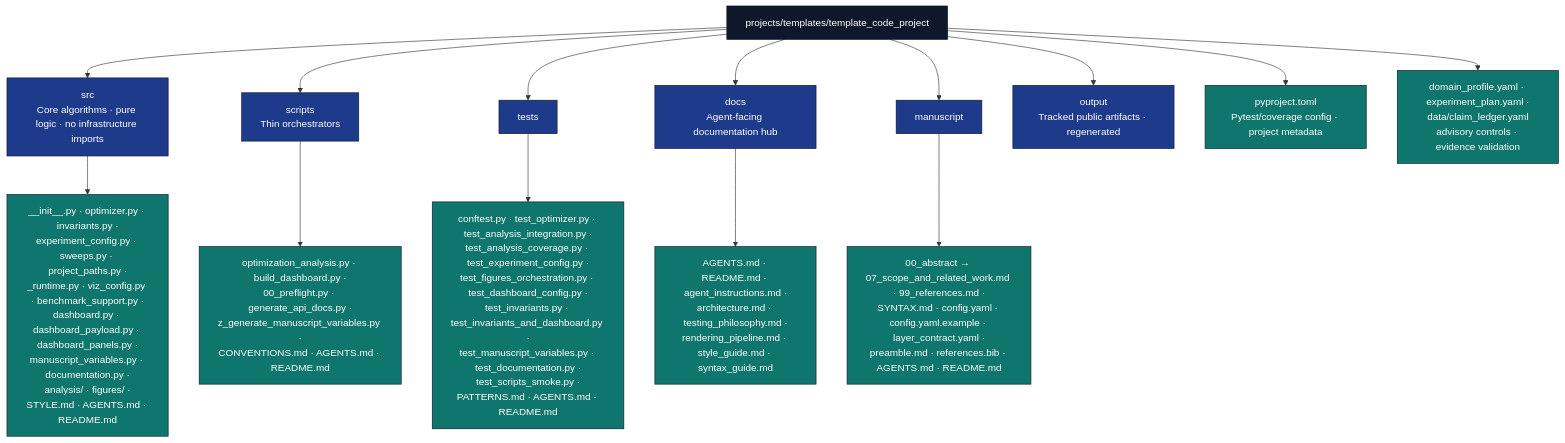
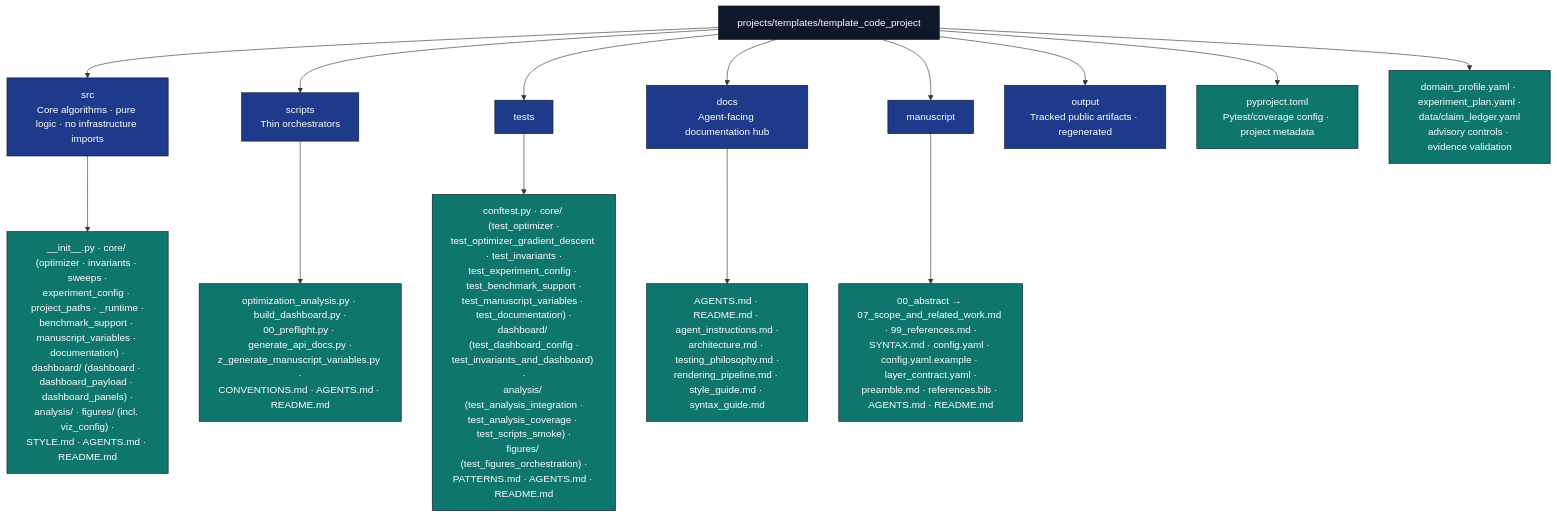
Before and after one commit to docxology/template: the diagram in projects/templates/template_code_project/AGENTS.md, drawn with Mermaid. The commit also changed other lines of this file and 775 other files, not shown here.

````diff
--- a/projects/templates/template_code_project/AGENTS.md
+++ b/projects/templates/template_code_project/AGENTS.md
@@ -71,25 +71,25 @@
 ```mermaid
 flowchart TB
     P[projects/templates/template_code_project]
     P --> SRC[src<br/>Core algorithms · pure logic · no infrastructure imports]
     P --> SC[scripts<br/>Thin orchestrators]
     P --> T[tests]
     P --> DOCS[docs<br/>Agent-facing documentation hub]
     P --> M[manuscript]
     P --> OUT[output<br/>Tracked public artifacts · regenerated]
     P --> PY[pyproject.toml<br/>Pytest/coverage config · project metadata]
     P --> DP[domain_profile.yaml · experiment_plan.yaml ·<br/>data/claim_ledger.yaml<br/>advisory controls · evidence validation]
 
-    SRC --> SRC_F[__init__.py · optimizer.py · invariants.py ·<br/>experiment_config.py · sweeps.py · project_paths.py ·<br/>_runtime.py · viz_config.py · benchmark_support.py ·<br/>dashboard.py · dashboard_payload.py · dashboard_panels.py ·<br/>manuscript_variables.py · documentation.py ·<br/>analysis/ · figures/ ·<br/>STYLE.md · AGENTS.md · README.md]
+    SRC --> SRC_F["__init__.py · core/ (optimizer · invariants · sweeps ·<br/>experiment_config · project_paths · _runtime ·<br/>benchmark_support · manuscript_variables · documentation) ·<br/>dashboard/ (dashboard · dashboard_payload · dashboard_panels) ·<br/>analysis/ · figures/ (incl. viz_config) ·<br/>STYLE.md · AGENTS.md · README.md"]
     SC --> SC_F[optimization_analysis.py · build_dashboard.py ·<br/>00_preflight.py · generate_api_docs.py ·<br/>z_generate_manuscript_variables.py ·<br/>CONVENTIONS.md · AGENTS.md · README.md]
-    T --> T_F[conftest.py · test_optimizer.py · test_analysis_integration.py ·<br/>test_analysis_coverage.py · test_experiment_config.py ·<br/>test_figures_orchestration.py · test_dashboard_config.py ·<br/>test_invariants.py · test_invariants_and_dashboard.py ·<br/>test_manuscript_variables.py · test_documentation.py ·<br/>test_scripts_smoke.py ·<br/>PATTERNS.md · AGENTS.md · README.md]
+    T --> T_F["conftest.py · core/ (test_optimizer ·<br/>test_optimizer_gradient_descent · test_invariants ·<br/>test_experiment_config · test_benchmark_support ·<br/>test_manuscript_variables · test_documentation) ·<br/>dashboard/ (test_dashboard_config ·<br/>test_invariants_and_dashboard) ·<br/>analysis/ (test_analysis_integration ·<br/>test_analysis_coverage · test_scripts_smoke) ·<br/>figures/ (test_figures_orchestration) ·<br/>PATTERNS.md · AGENTS.md · README.md"]
     DOCS --> DOCS_F[AGENTS.md · README.md · agent_instructions.md ·<br/>architecture.md · testing_philosophy.md ·<br/>rendering_pipeline.md · style_guide.md · syntax_guide.md]
     M --> M_F[00_abstract → 07_scope_and_related_work.md · 99_references.md ·<br/>SYNTAX.md · config.yaml · config.yaml.example · layer_contract.yaml ·<br/>preamble.md · references.bib · AGENTS.md · README.md]
 
     classDef d fill:#0f172a,stroke:#0f172a,color:#fff
     classDef pkg fill:#1e3a8a,stroke:#0f172a,color:#fff
     classDef f fill:#0f766e,stroke:#0f172a,color:#fff
     class P d
     class SRC,SC,T,DOCS,M,OUT pkg
     class SRC_F,SC_F,T_F,DOCS_F,M_F,PY,DP f
 ```
````
